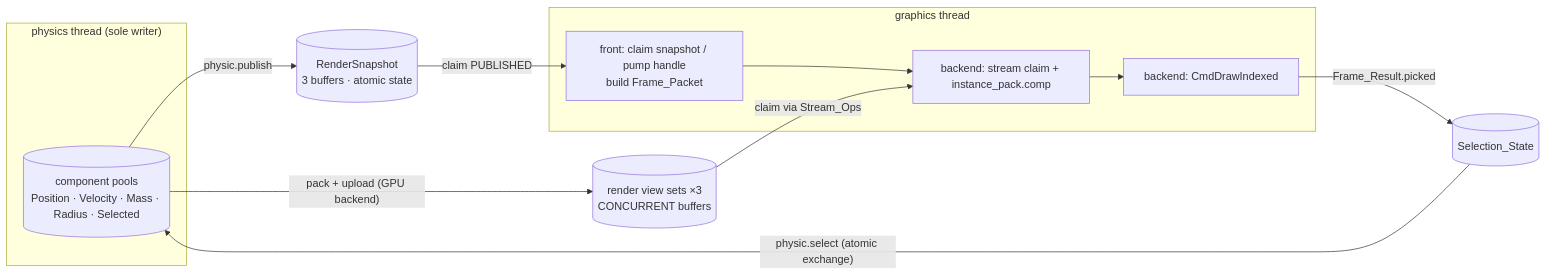
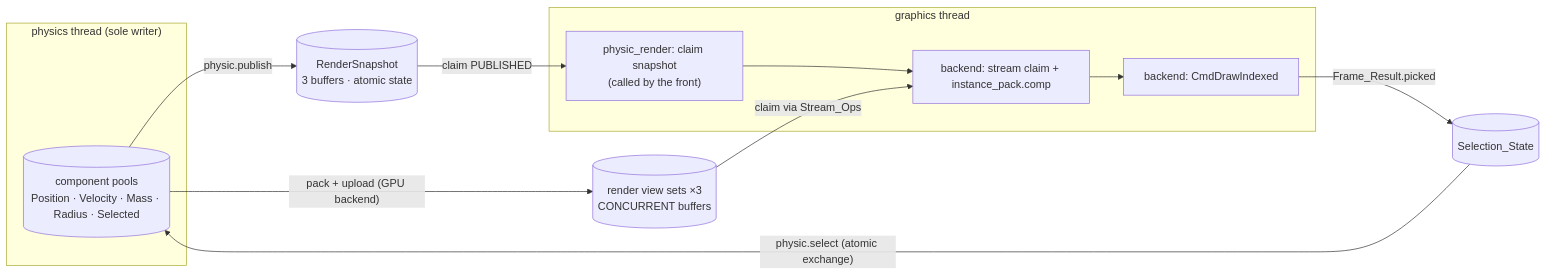
One commit to TanukiConDos/Gravity-Simulator changed the seventh of 7 diagrams in docs/architecture.md. Above: the diagram before and after it, drawn with Mermaid. The commit also changed other lines of this file and 5 other files, not shown here.

First line of the commit message:
docs: physics integrates with graphics (main -> physic -> front -> backend)

````diff
--- a/docs/architecture.md
+++ b/docs/architecture.md
@@ -271,21 +278,21 @@
 ```mermaid
 flowchart LR
     subgraph PT["physics thread (sole writer)"]
         pools[("component pools<br/>Position · Velocity · Mass · Radius · Selected")]
     end
 
     pools -->|"physic.publish"| snap[("RenderSnapshot<br/>3 buffers · atomic state")]
     pools -->|"pack + upload (GPU backend)"| sets[("render view sets ×3<br/>CONCURRENT buffers")]
 
     subgraph GT["graphics thread"]
-        pick["front: claim snapshot / pump handle<br/>build Frame_Packet"]
+        pick["physic_render: claim snapshot<br/>(called by the front)"]
         pack["backend: stream claim + instance_pack.comp"]
         draw["backend: CmdDrawIndexed"]
         pick --> pack --> draw
     end
 
     snap -->|"claim PUBLISHED"| pick
     sets -->|"claim via Stream_Ops"| pack
     draw -->|"Frame_Result.picked"| sel[("Selection_State")]
     sel -->|"physic.select (atomic exchange)"| pools
 ```
````
